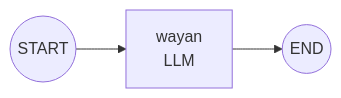
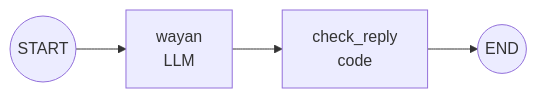
One commit to rozi-bb/avatar-chatbot changed the third of 4 diagrams in docs/architecture.md. Above: the diagram before and after it, drawn with Mermaid. The commit also changed other lines of this file and 12 other files, not shown here.

````diff
--- a/docs/architecture.md
+++ b/docs/architecture.md
@@ -97,4 +97,4 @@
 ```mermaid
 flowchart LR
-    S((START)) --> W["wayan<br/>LLM"] --> E((END))
+    S((START)) --> W["wayan<br/>LLM"] --> CK["check_reply<br/>code"] --> E((END))
 ```
````
